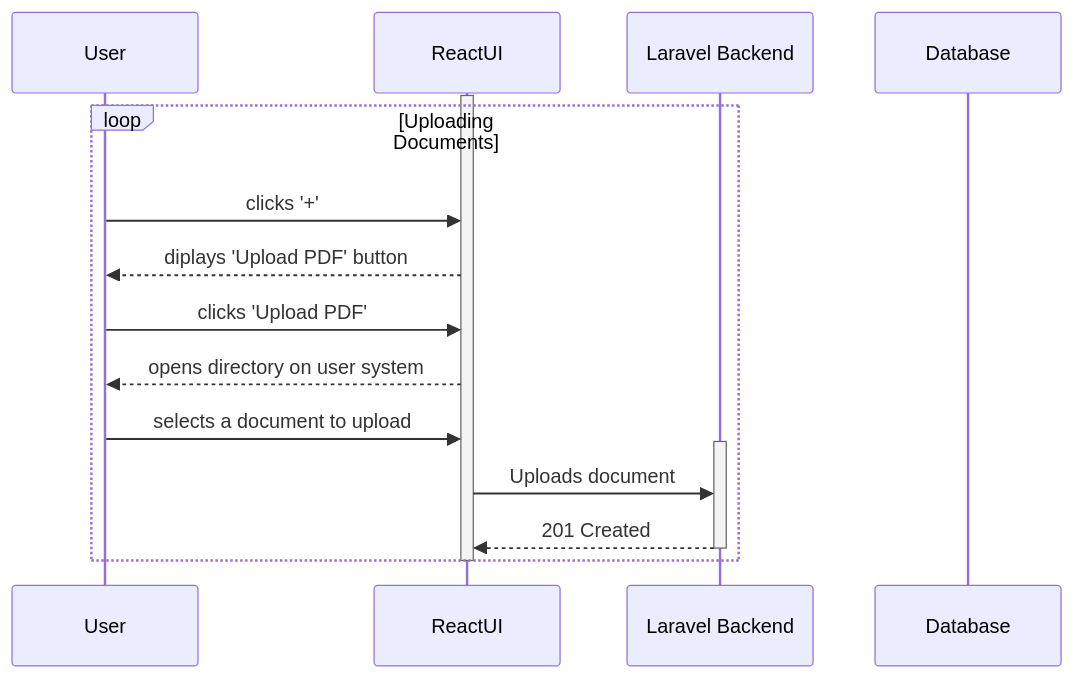
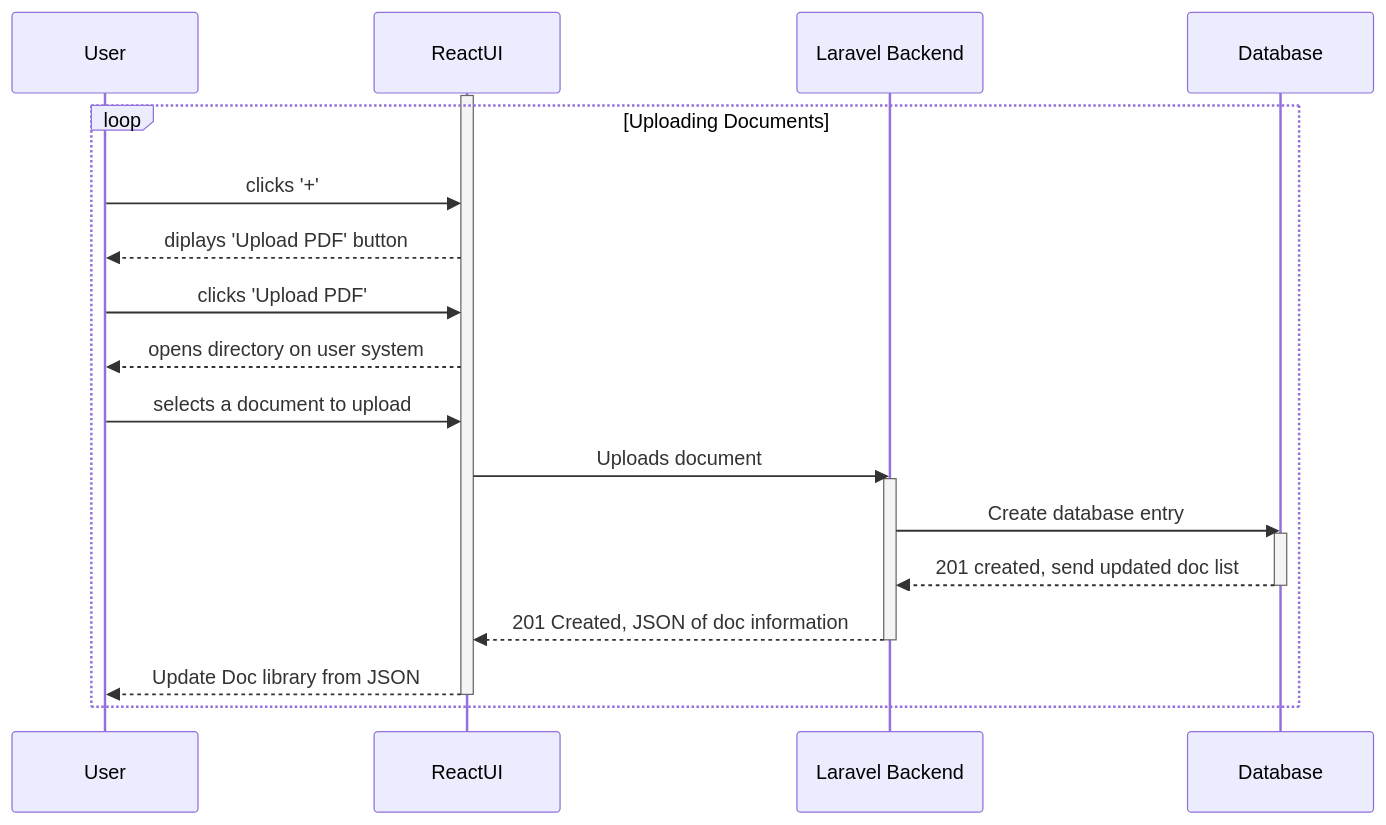
One commit to Capstone-Projects-2024-Spring/project-synesthesia-reading-app changed the second of 5 diagrams in documentation/docs/requirements/use-case-descriptions.md. Above: the diagram before and after it, drawn with Mermaid.

Commit message:
Update use-case-descriptions.md
finished UC2 diagram

````diff
--- a/documentation/docs/requirements/use-case-descriptions.md
+++ b/documentation/docs/requirements/use-case-descriptions.md
@@ -69,23 +69,26 @@
 ```mermaid
 sequenceDiagram
    participant User
    participant ReactUI
    participant Laravel Backend
    participant Database
 
    activate ReactUI
    loop Uploading Documents
       User->>ReactUI: clicks '+'
       ReactUI-->>User: diplays 'Upload PDF' button
       User->>ReactUI: clicks 'Upload PDF'
       ReactUI-->>User: opens directory on user system
       User->>ReactUI: selects a document to upload
-
-      activate Laravel Backend
-         ReactUI->>Laravel Backend: Uploads document
-         Laravel Backend-->>ReactUI: 201 Created
+      ReactUI->>Laravel Backend: Uploads document
+         activate Laravel Backend
+         Laravel Backend->>Database: Create database entry
+            activate Database
+            Database-->>Laravel Backend: 201 created, send updated doc list
+         deactivate Database
+         Laravel Backend-->>ReactUI: 201 Created, JSON of doc information
       deactivate Laravel Backend
-      end
-      
+      ReactUI-->>User: Update Doc library from JSON 
    deactivate ReactUI
+   end
 ```
````
